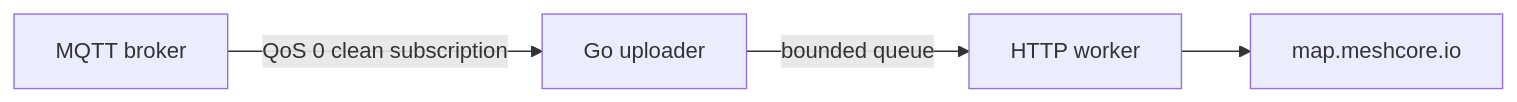
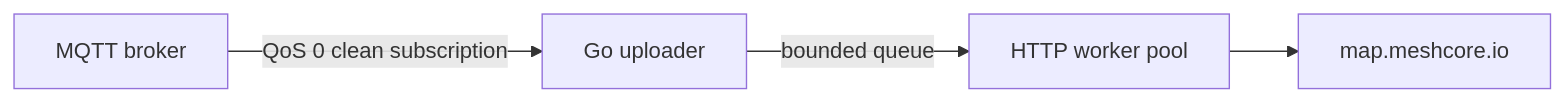
Before and after one commit to MeshCore-Finland/mc-map-uploader: the diagram in docs/architecture.md, drawn with Mermaid. The commit also changed other lines of this file and 6 other files, not shown here.

Commit message:
Add configurable upload worker pool

````diff
--- a/docs/architecture.md
+++ b/docs/architecture.md
@@ -3,6 +3,6 @@
 ```mermaid
 flowchart LR
   M[MQTT broker] -->|QoS 0 clean subscription| U[Go uploader]
-  U -->|bounded queue| W[HTTP worker]
+  U -->|bounded queue| W[HTTP worker pool]
   W --> A[map.meshcore.io]
 ```
````
